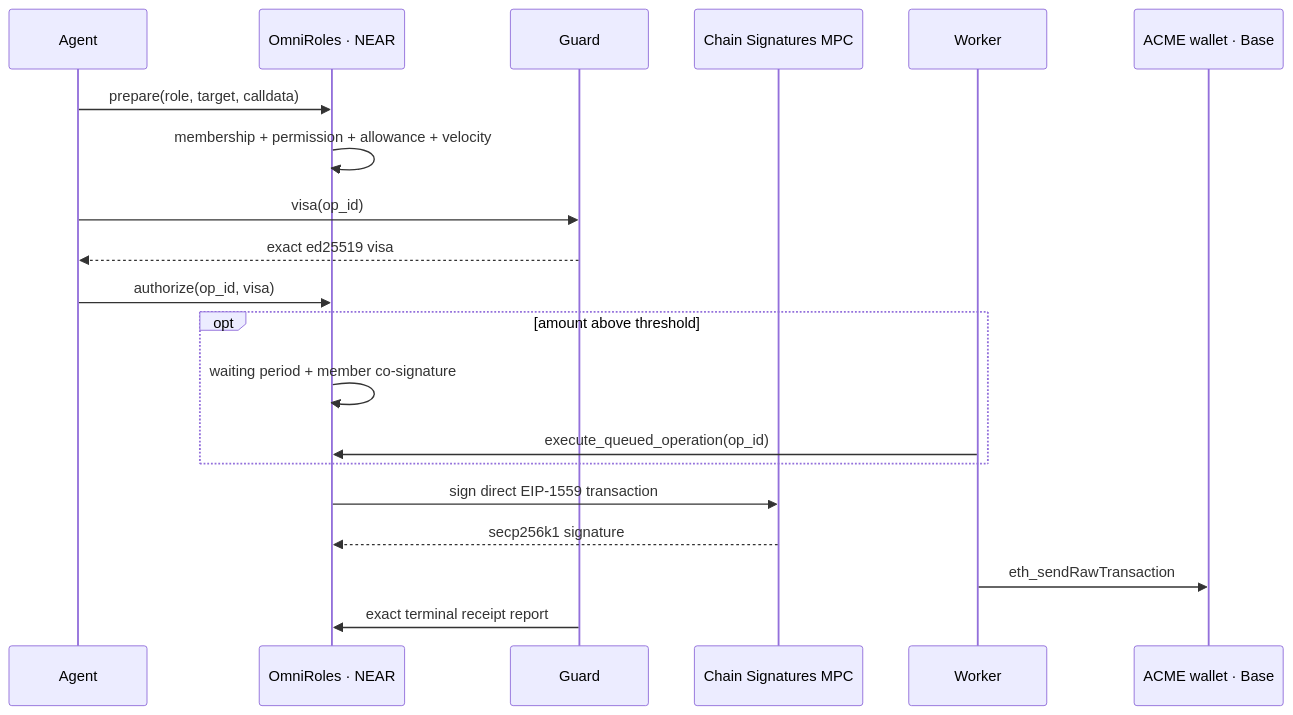
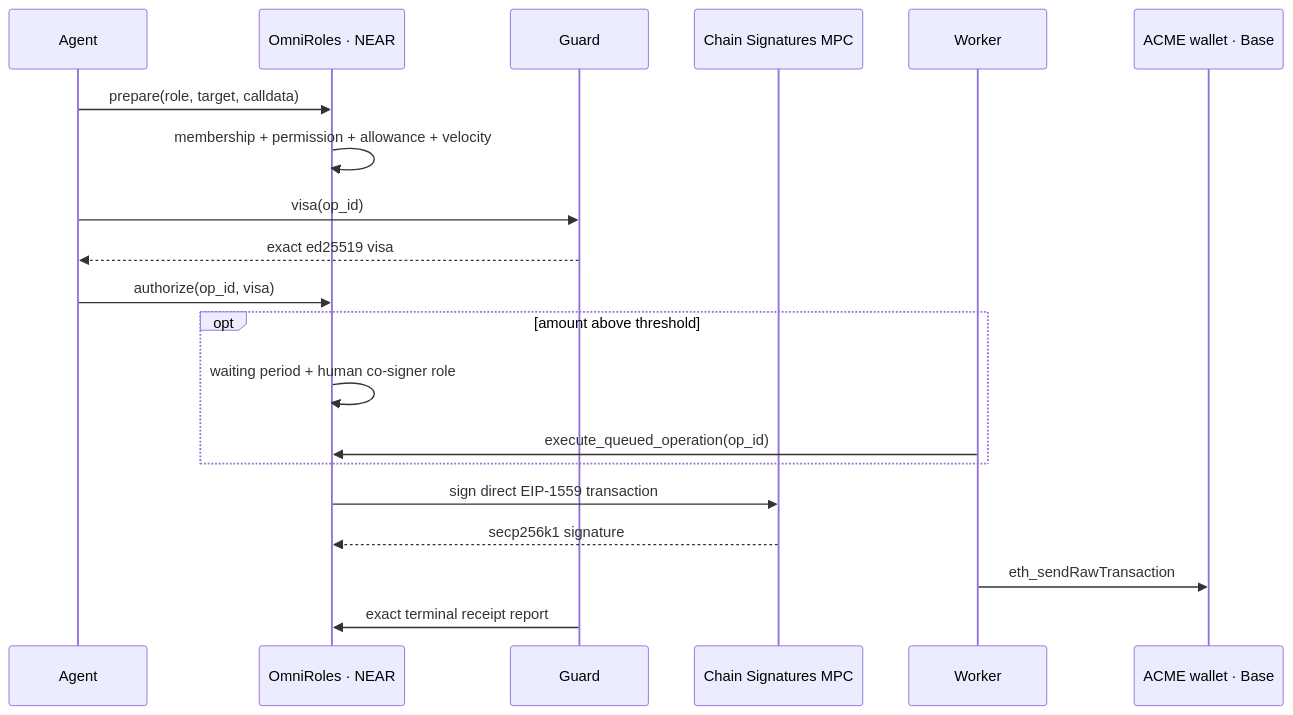
One commit to Euthyna-wallets/Euthyna changed the diagram in README.md. Above: the diagram before and after it, drawn with Mermaid. The commit also changed other lines of this file and 20 other files, not shown here.

````diff
--- a/README.md
+++ b/README.md
@@ -31,23 +31,23 @@
 ```mermaid
 sequenceDiagram
   participant A as Agent
   participant O as OmniRoles · NEAR
   participant G as Guard
   participant M as Chain Signatures MPC
   participant W as Worker
   participant B as ACME wallet · Base
 
   A->>O: prepare(role, target, calldata)
   O->>O: membership + permission + allowance + velocity
   A->>G: visa(op_id)
   G-->>A: exact ed25519 visa
   A->>O: authorize(op_id, visa)
   opt amount above threshold
-    O->>O: waiting period + member co-signature
+    O->>O: waiting period + human co-signer role
     W->>O: execute_queued_operation(op_id)
   end
   O->>M: sign direct EIP-1559 transaction
   M-->>O: secp256k1 signature
   W->>B: eth_sendRawTransaction
   G->>O: exact terminal receipt report
 ```
````
